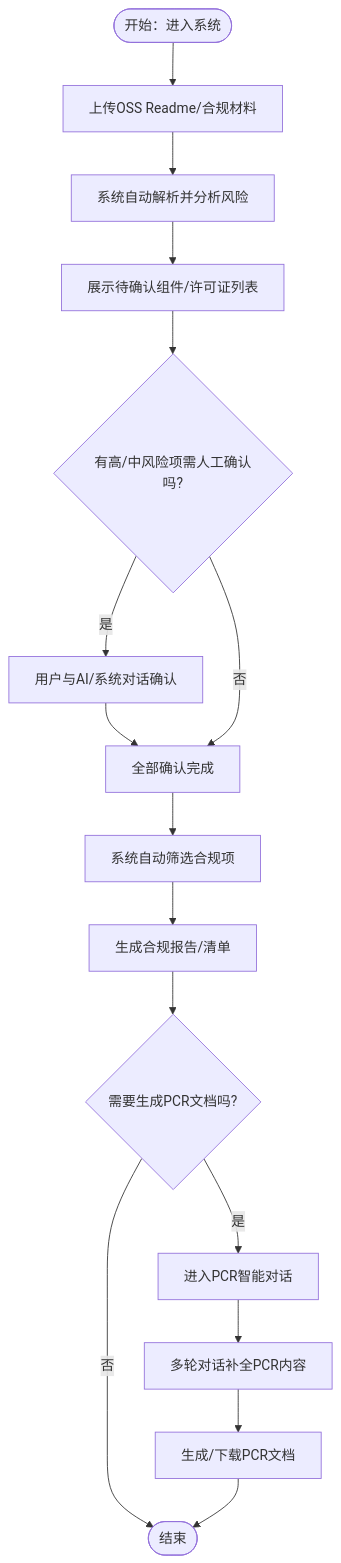
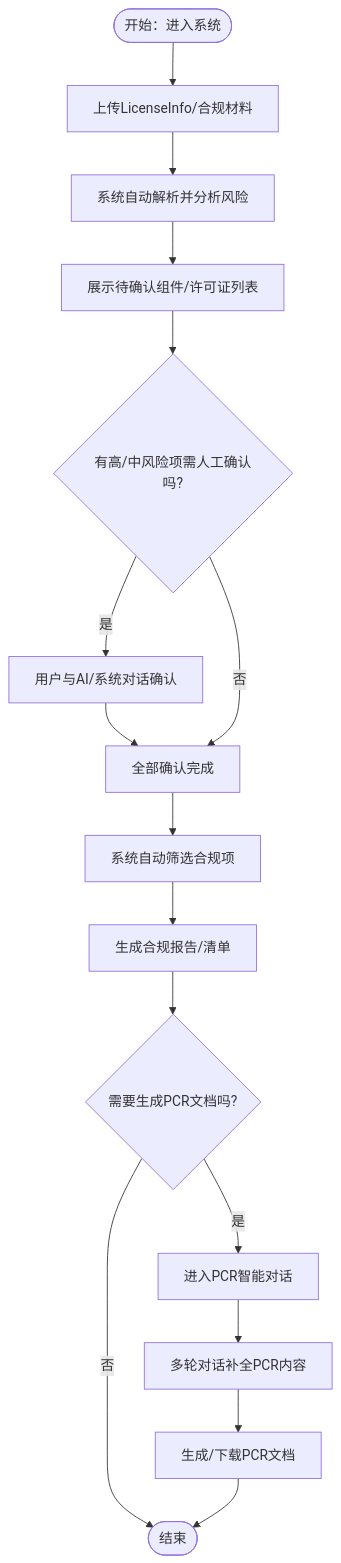
Before and after one commit to notsofun/third-party-clearance-backend: the first of 3 diagrams in README_Doc/Architecture_Workflow.md, drawn with Mermaid. The commit also changed 47 other files, not shown here.

````diff
--- a/README_Doc/Architecture_Workflow.md
+++ b/README_Doc/Architecture_Workflow.md
@@ -3,33 +3,33 @@
 ```mermaid
 flowchart TD
     U1([开始：进入系统])
-    U2[上传OSS Readme/合规材料]
+    U2[上传LicenseInfo/合规材料]
     U3[系统自动解析并分析风险]
     U4[展示待确认组件/许可证列表]
     U5{有高/中风险项需人工确认吗?}
     U6[用户与AI/系统对话确认]
     U7[全部确认完成]
     U8[系统自动筛选合规项]
     U9[生成合规报告/清单]
     U10{需要生成PCR文档吗?}
     U11[进入PCR智能对话]
     U12[多轮对话补全PCR内容]
     U13[生成/下载PCR文档]
     U14([结束])
 
     U1-->U2
     U2-->U3
     U3-->U4
     U4-->U5
     U5--是-->U6
     U6-->U7
     U5--否-->U7
     U7-->U8
     U8-->U9
     U9-->U10
     U10--是-->U11
     U10--否-->U14
     U11-->U12
     U12-->U13
     U13-->U14
 ```
````
